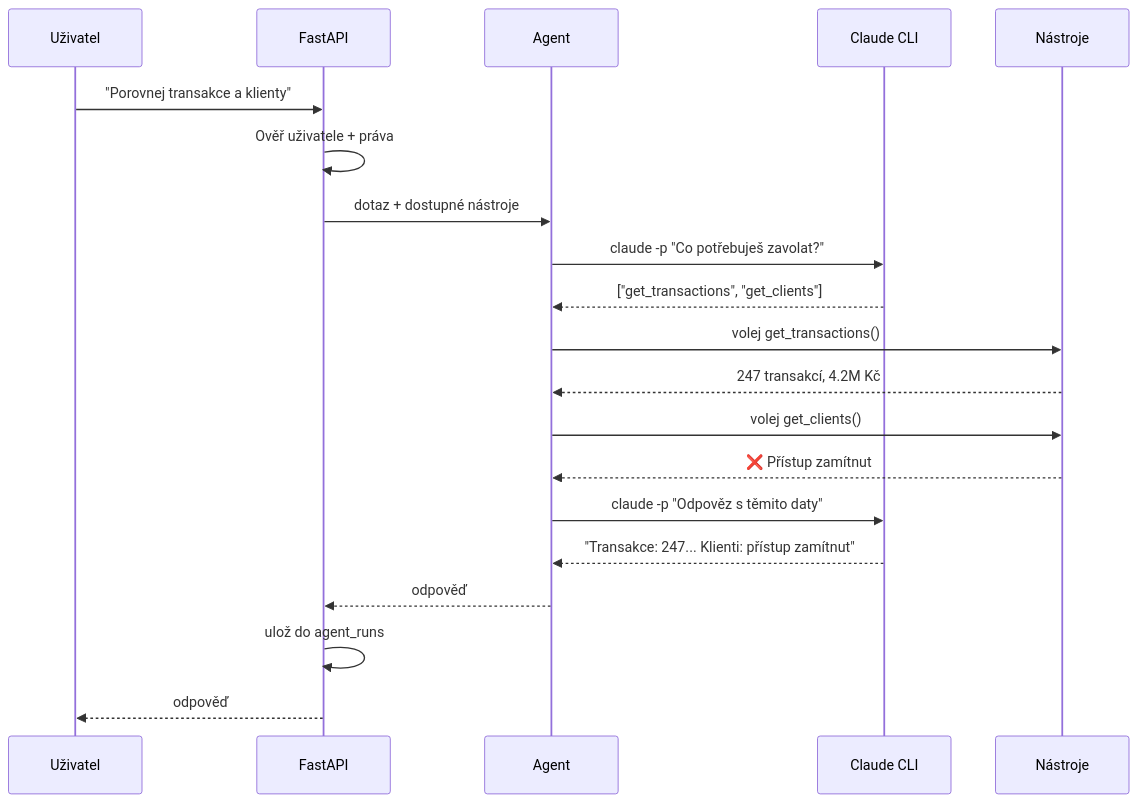
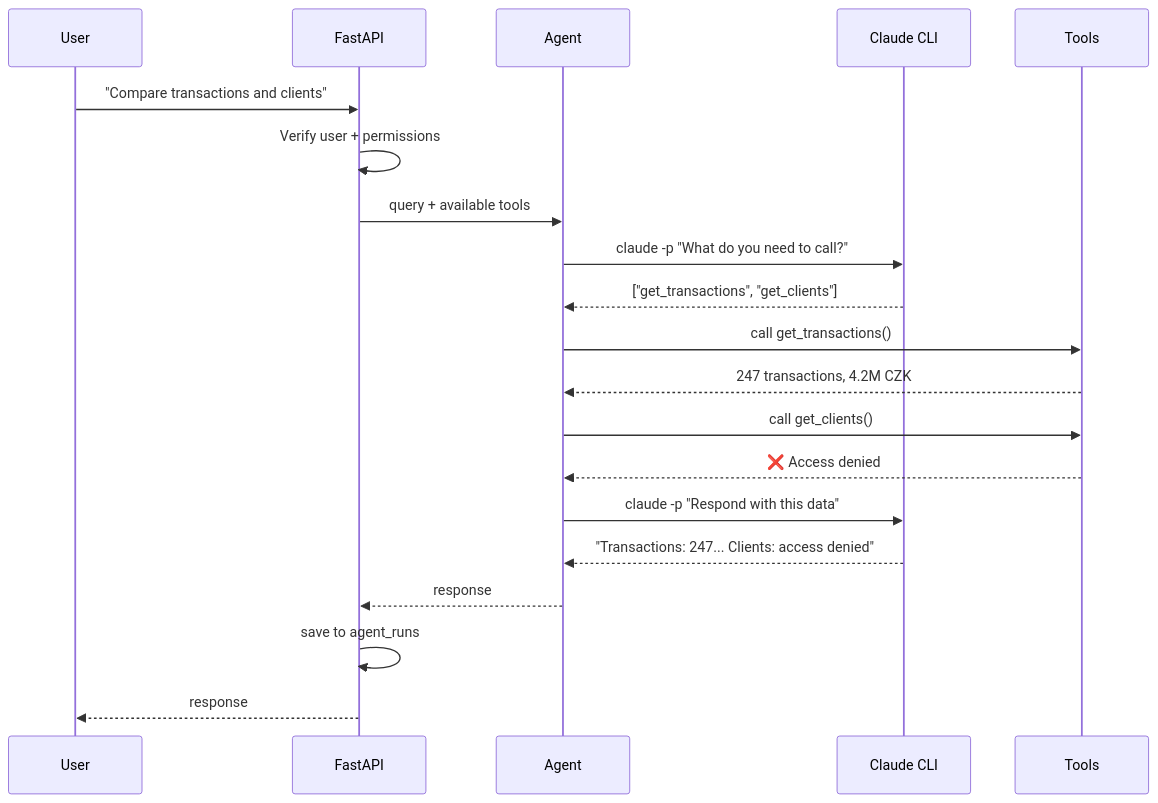
The second of 6 diagrams in db_demo/schema_grafika.md (navidofek-cmyk/virtual_co), drawn with Mermaid before and after one commit. The commit also changed other lines of this file and 3 other files, not shown here.

````diff
--- a/db_demo/schema_grafika.md
+++ b/db_demo/schema_grafika.md
@@ -32,28 +32,28 @@
 ```mermaid
 sequenceDiagram
-    participant U as Uživatel
+    participant U as User
     participant F as FastAPI
     participant A as Agent
     participant C as Claude CLI
-    participant T as Nástroje
+    participant T as Tools
 
-    U->>F: "Porovnej transakce a klienty"
-    F->>F: Ověř uživatele + práva
-    F->>A: dotaz + dostupné nástroje
+    U->>F: "Compare transactions and clients"
+    F->>F: Verify user + permissions
+    F->>A: query + available tools
 
-    A->>C: claude -p "Co potřebuješ zavolat?"
+    A->>C: claude -p "What do you need to call?"
     C-->>A: ["get_transactions", "get_clients"]
 
-    A->>T: volej get_transactions()
-    T-->>A: 247 transakcí, 4.2M Kč
+    A->>T: call get_transactions()
+    T-->>A: 247 transactions, 4.2M CZK
 
-    A->>T: volej get_clients()
-    T-->>A: ❌ Přístup zamítnut
+    A->>T: call get_clients()
+    T-->>A: ❌ Access denied
 
-    A->>C: claude -p "Odpověz s těmito daty"
-    C-->>A: "Transakce: 247... Klienti: přístup zamítnut"
+    A->>C: claude -p "Respond with this data"
+    C-->>A: "Transactions: 247... Clients: access denied"
 
-    A-->>F: odpověď
-    F->>F: ulož do agent_runs
-    F-->>U: odpověď
+    A-->>F: response
+    F->>F: save to agent_runs
+    F-->>U: response
 ```
````
